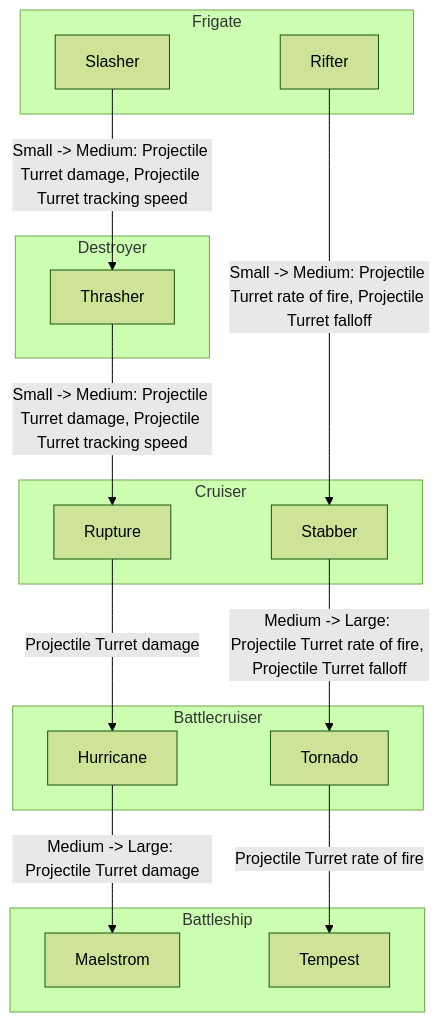
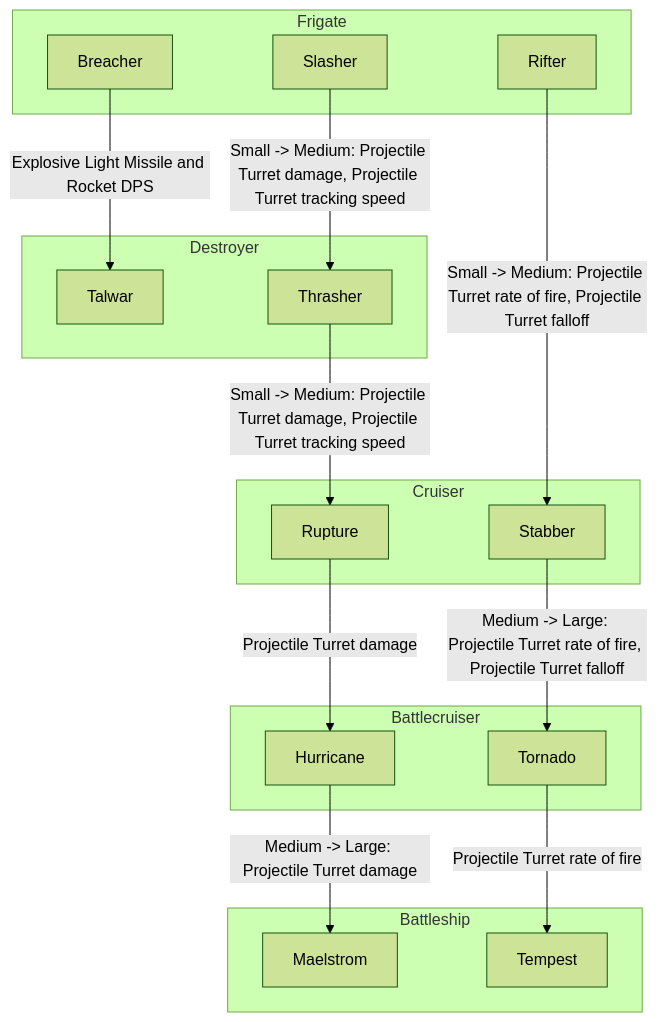
The diagram in README.md (Skybladev2/EveShipsProgression), drawn with Mermaid (forest theme) before and after one commit.

Commit message:
Add Breacher and Talwar

````diff
--- a/README.md
+++ b/README.md
@@ -5,33 +5,36 @@
 ```mermaid
 flowchart
 	
 	
 	
 	subgraph s1["Frigate"]
+		n10["Breacher"]
 		n5["Slasher"]
 		n1["Rifter"]
 	end
 	n1
 	subgraph s2["Cruiser"]
 		n7["Rupture"]
 		n2["Stabber"]
 	end
 	n1 -->|"Small -> Medium: Projectile Turret rate of fire, Projectile Turret falloff"| n2
 	subgraph s3["Battlecruiser"]
 		n8["Hurricane"]
 		n3["Tornado"]
 	end
 	n2 -->|"Medium -> Large: Projectile Turret rate of fire, Projectile Turret falloff"| n3
 	subgraph s4["Battleship"]
 		n9["Maelstrom"]
 		n4["Tempest"]
 	end
 	n3 -->|"Projectile Turret rate of fire"| n4
 	subgraph s5["Destroyer"]
+		n11["Talwar"]
 		n6["Thrasher"]
 	end
 	n5 -->|"Small -> Medium: Projectile Turret damage, Projectile Turret tracking speed"| n6
 	n6 -->|"Small -> Medium: Projectile Turret damage, Projectile Turret tracking speed"| n7
 	n7 -->|"Projectile Turret damage"| n8
 	n8 -->|"Medium -> Large: Projectile Turret damage"| n9
+	n10 -->|"Explosive Light Missile and Rocket DPS"| n11
 ```
````
